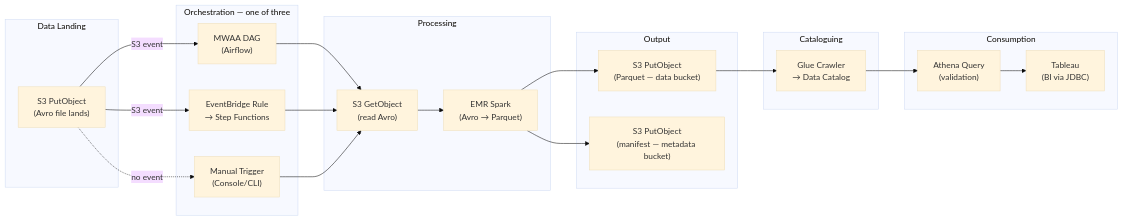
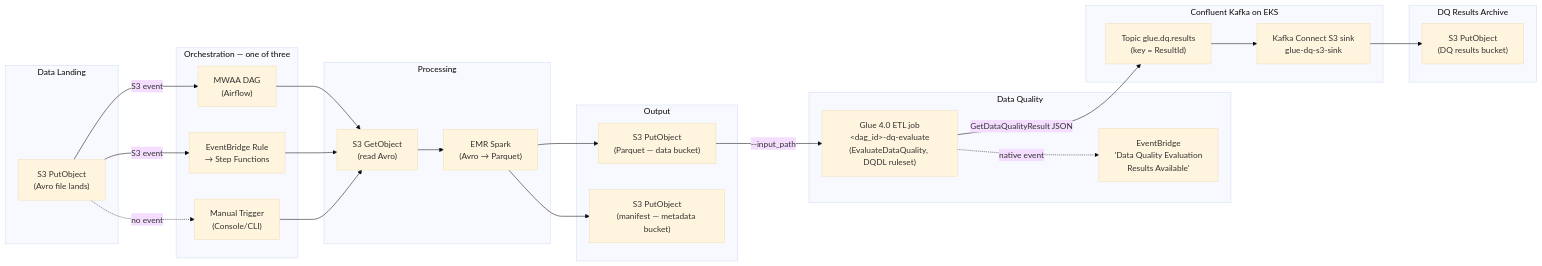
Before and after one commit to rkernutt/cloud-to-elastic-load-generator: the first of 3 diagrams in docs/chained-events/data-analytics-pipeline.md, drawn with Mermaid (base theme). The commit also changed other lines of this file and 34 other files, not shown here.

First line of the commit message:
feat(data-pipeline): OpenLineage lineage + Glue Data Quality via Confluent Kafka

````diff
--- a/docs/chained-events/data-analytics-pipeline.md
+++ b/docs/chained-events/data-analytics-pipeline.md
@@ -32,46 +38,53 @@
 ```mermaid
 flowchart LR
     subgraph trigger [Data Landing]
         S3land["S3 PutObject\n(Avro file lands)"]
     end
 
     subgraph orchestration [Orchestration — one of three]
         MWAA["MWAA DAG\n(Airflow)"]
         EB["EventBridge Rule\n→ Step Functions"]
         Manual["Manual Trigger\n(Console/CLI)"]
     end
 
     subgraph process [Processing]
         S3src["S3 GetObject\n(read Avro)"]
         EMR["EMR Spark\n(Avro → Parquet)"]
     end
 
     subgraph output [Output]
         S3data["S3 PutObject\n(Parquet — data bucket)"]
         S3meta["S3 PutObject\n(manifest — metadata bucket)"]
     end
 
-    subgraph catalog [Cataloguing]
-        Glue["Glue Crawler\n→ Data Catalog"]
+    subgraph quality [Data Quality]
+        GlueDQ["Glue 4.0 ETL job\n&lt;dag_id&gt;-dq-evaluate\n(EvaluateDataQuality, DQDL ruleset)"]
+        EBdq["EventBridge\n'Data Quality Evaluation\nResults Available'"]
     end
 
-    subgraph consume [Consumption]
-        Athena["Athena Query\n(validation)"]
-        Tableau["Tableau\n(BI via JDBC)"]
+    subgraph kafka [Confluent Kafka on EKS]
+        Topic["Topic glue.dq.results\n(key = ResultId)"]
+        Sink["Kafka Connect S3 sink\nglue-dq-s3-sink"]
+    end
+
+    subgraph archive [DQ Results Archive]
+        S3dq["S3 PutObject\n(DQ results bucket)"]
     end
 
     S3land -->|"S3 event"| MWAA
     S3land -->|"S3 event"| EB
     S3land -.->|"no event"| Manual
 
     MWAA --> S3src
     EB --> S3src
     Manual --> S3src
 
     S3src --> EMR
     EMR --> S3data
     EMR --> S3meta
-    S3data --> Glue
-    Glue --> Athena
-    Athena --> Tableau
+    S3data -->|"--input_path"| GlueDQ
+    GlueDQ -->|"GetDataQualityResult JSON"| Topic
+    GlueDQ -.->|"native event"| EBdq
+    Topic --> Sink
+    Sink --> S3dq
 ```
````
